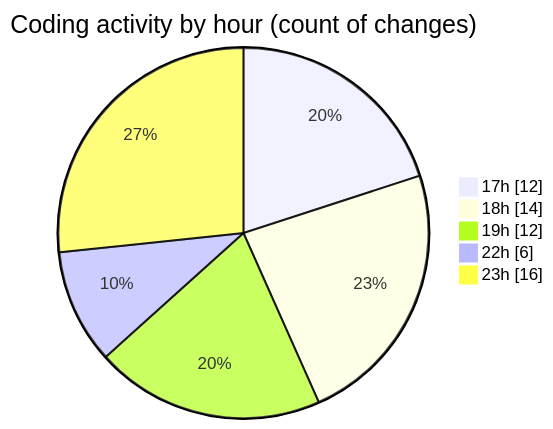
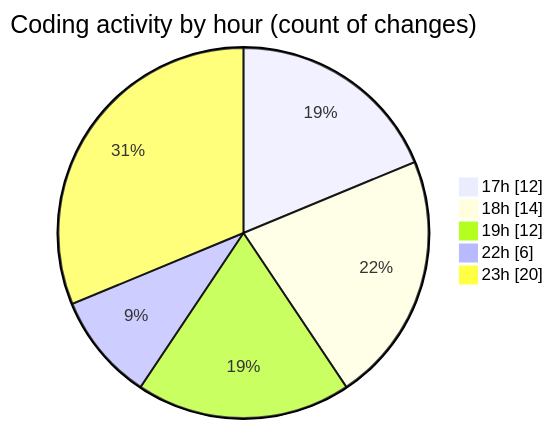
Before and after one commit to donsfak/code-tracking: the second of 2 diagrams in 2025-02-16/uber_clone/README.md, drawn with Mermaid. The commit also changed other lines of this file and 1 other file, not shown here.

````diff
--- a/2025-02-16/uber_clone/README.md
+++ b/2025-02-16/uber_clone/README.md
@@ -44,9 +44,9 @@
 ```mermaid
 pie showData
 title Coding activity by hour (count of changes)
 "17h" : 12
 "18h" : 14
 "19h" : 12
 "22h" : 6
-"23h" : 16
+"23h" : 20
 ```
````
